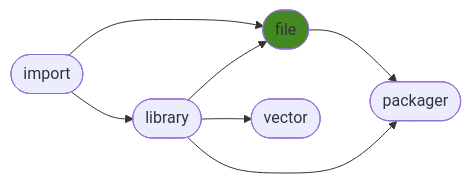
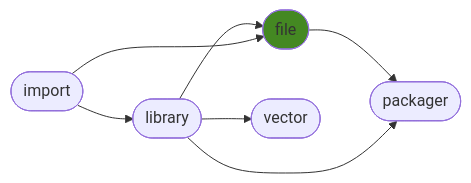
The diagram in README.md (ManderaGeneral/generalfile), drawn with Mermaid before and after one commit. The commit also changed other lines of this file and 1 other file, not shown here.

````diff
--- a/README.md
+++ b/README.md
@@ -24,15 +24,15 @@
 ```mermaid
 flowchart LR
+1([library]) --> 3([vector])
+0([import]) --> 1([library])
+1([library]) --> 2([file])
+0([import]) --> 2([file])
 2([file]) --> 4([packager])
-1([library]) --> 2([file])
-1([library]) --> 3([vector])
 1([library]) --> 4([packager])
-0([import]) --> 2([file])
-0([import]) --> 1([library])
 click 0 "https://github.com/ManderaGeneral/generalimport"
 click 1 "https://github.com/ManderaGeneral/generallibrary"
 click 2 "https://github.com/ManderaGeneral/generalfile"
 click 3 "https://github.com/ManderaGeneral/generalvector"
 click 4 "https://github.com/ManderaGeneral/generalpackager"
 style 2 fill:#482
 ```
````
